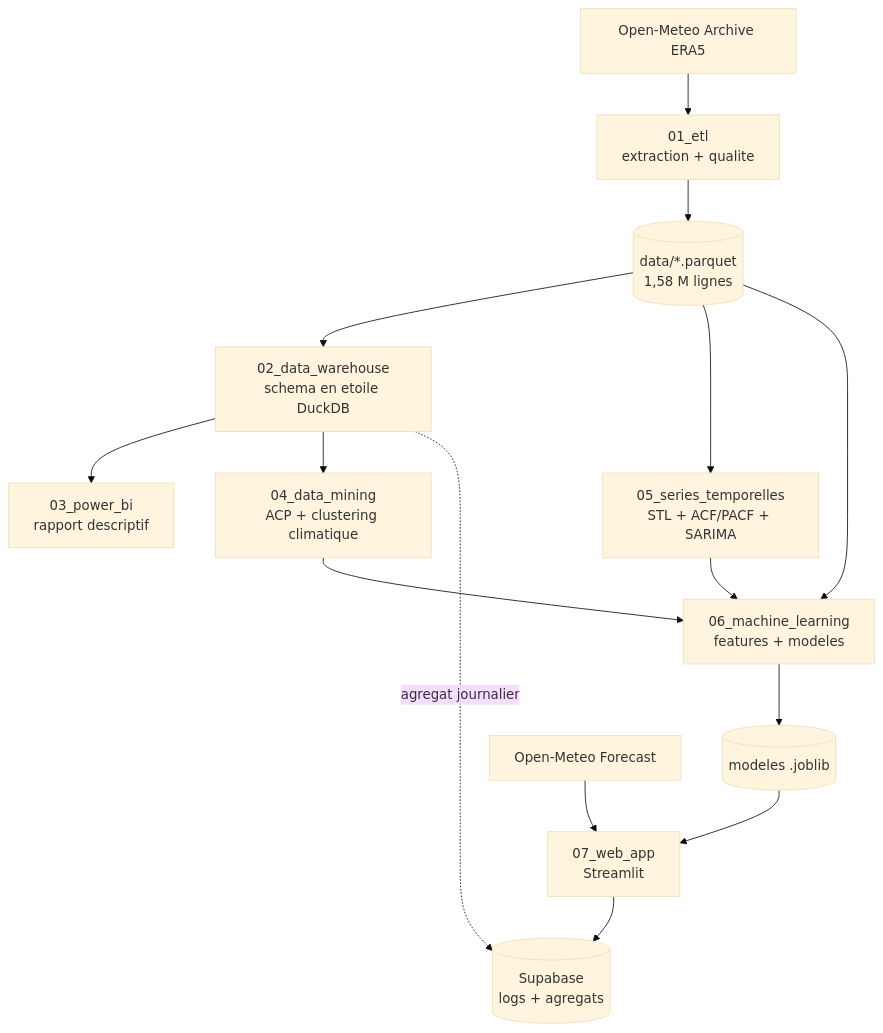
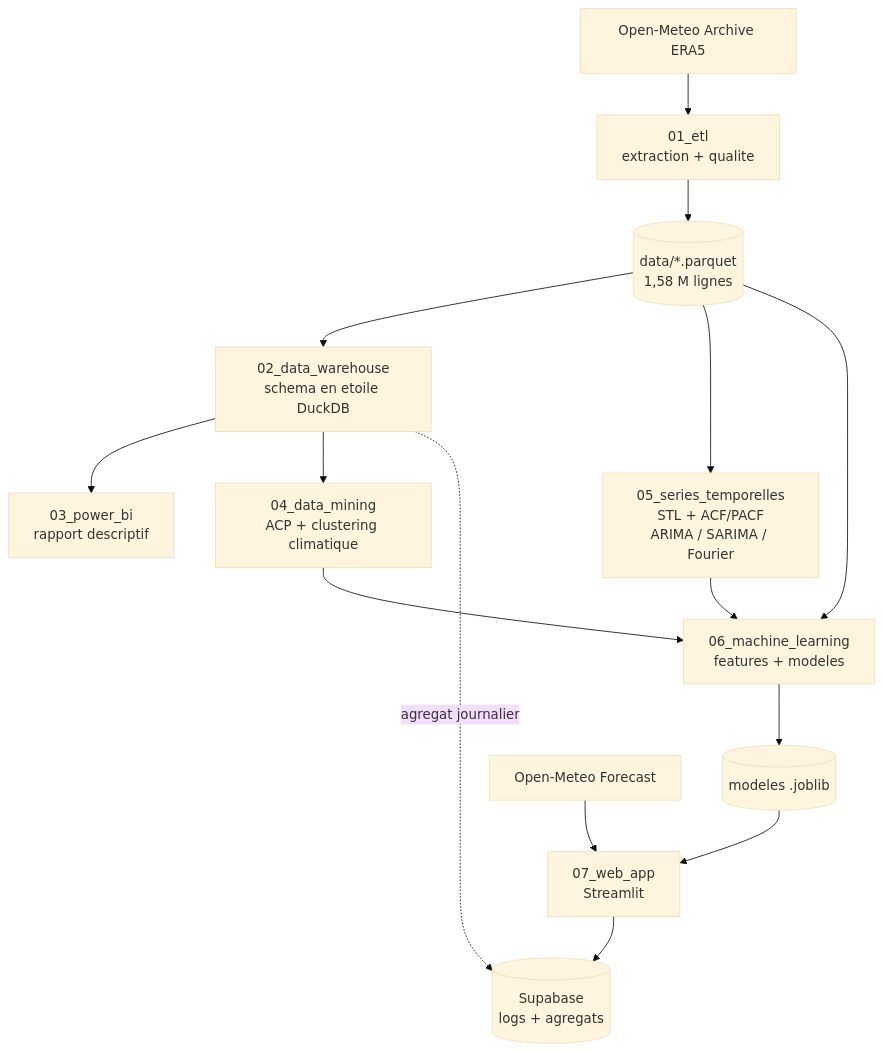
One commit to AhmedBenArfa/Tunisia-Weather-Prediction changed the diagram in README.md. Above: the diagram before and after it, drawn with Mermaid (base theme). The commit also changed other lines of this file, not shown here.

````diff
--- a/README.md
+++ b/README.md
@@ -59,17 +59,17 @@
 ```mermaid
 flowchart TB
     API[Open-Meteo Archive ERA5] --> EX[01_etl<br/>extraction + qualite]
     EX --> PQ[(data/*.parquet<br/>1,58 M lignes)]
     PQ --> DW[02_data_warehouse<br/>schema en etoile DuckDB]
     DW --> BI[03_power_bi<br/>rapport descriptif]
     DW --> DM[04_data_mining<br/>ACP + clustering climatique]
-    PQ --> TS[05_series_temporelles<br/>STL + ACF/PACF + SARIMA]
+    PQ --> TS[05_series_temporelles<br/>STL + ACF/PACF<br/>ARIMA / SARIMA / Fourier]
     DM --> ML[06_machine_learning<br/>features + modeles]
     TS --> ML
     PQ --> ML
     ML --> MOD[(modeles .joblib)]
     MOD --> APP[07_web_app<br/>Streamlit]
     FC[Open-Meteo Forecast] --> APP
     APP --> SB[(Supabase<br/>logs + agregats)]
     DW -.agregat journalier.-> SB
 ```
````
